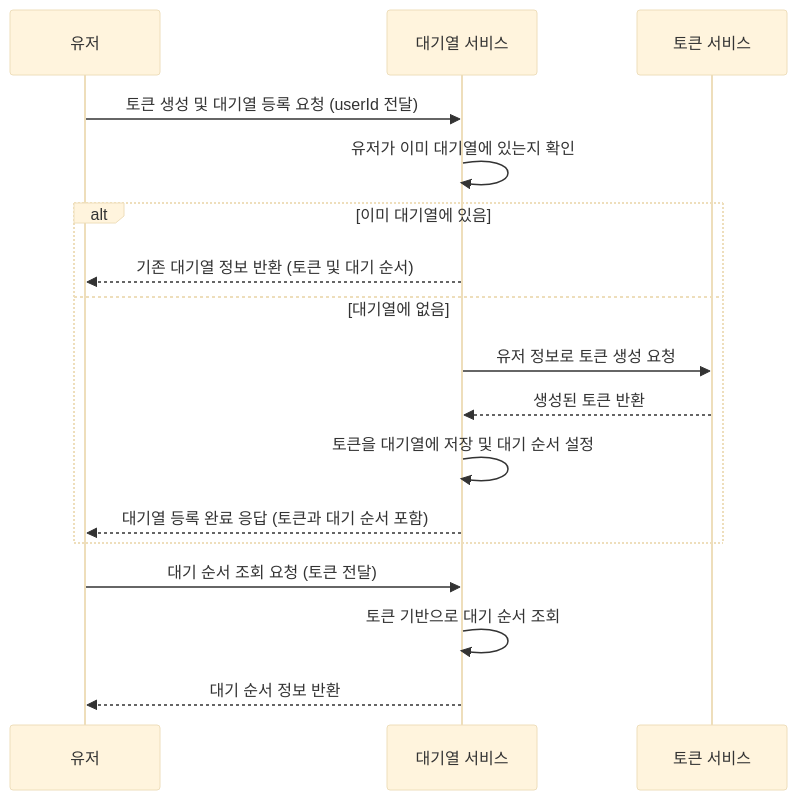
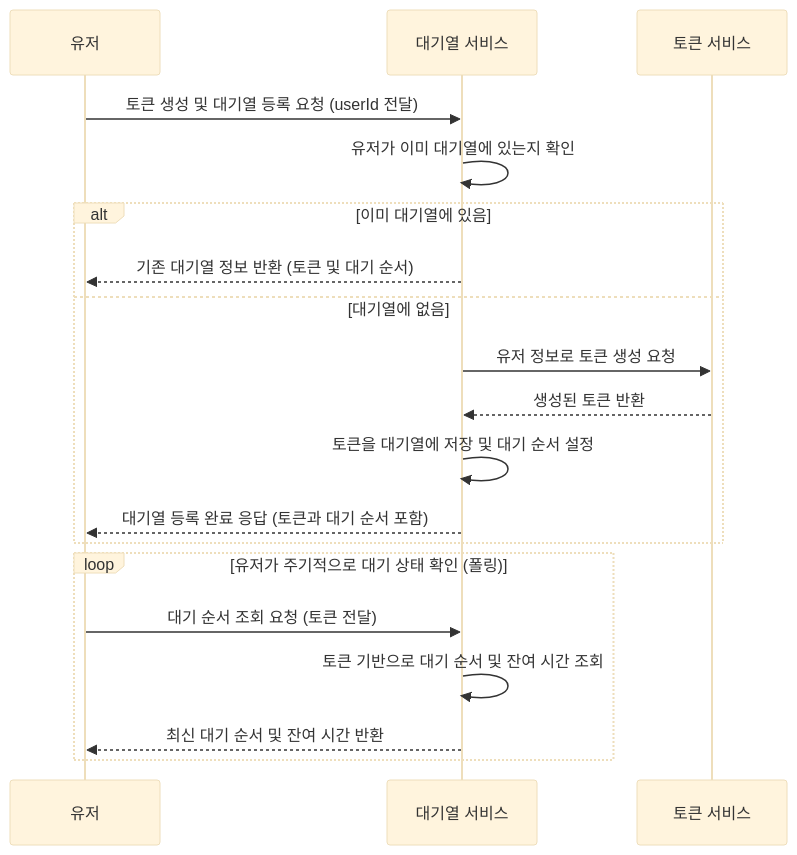
The first of 8 diagrams in docs/sequence.md (jyjae/hhplus-concert), drawn with Mermaid (base theme) before and after one commit.

Commit message:
Docs: 유저 대기열 토큰 기능 시퀀스 다이어그램 폴링 추가

````diff
--- a/docs/sequence.md
+++ b/docs/sequence.md
@@ -7,21 +5,24 @@
 ```mermaid
 sequenceDiagram
     participant User as 유저
     participant QueueService as 대기열 서비스
     participant TokenService as 토큰 서비스
 
     User->>QueueService: 토큰 생성 및 대기열 등록 요청 (userId 전달)
     QueueService->>QueueService: 유저가 이미 대기열에 있는지 확인
     alt 이미 대기열에 있음
         QueueService-->>User: 기존 대기열 정보 반환 (토큰 및 대기 순서)
     else 대기열에 없음
         QueueService->>TokenService: 유저 정보로 토큰 생성 요청
         TokenService-->>QueueService: 생성된 토큰 반환
         QueueService->>QueueService: 토큰을 대기열에 저장 및 대기 순서 설정
         QueueService-->>User: 대기열 등록 완료 응답 (토큰과 대기 순서 포함)
     end
 
-    User->>QueueService: 대기 순서 조회 요청 (토큰 전달)
-    QueueService->>QueueService: 토큰 기반으로 대기 순서 조회
-    QueueService-->>User: 대기 순서 정보 반환
+    loop 유저가 주기적으로 대기 상태 확인 (폴링)
+        User->>QueueService: 대기 순서 조회 요청 (토큰 전달)
+        QueueService->>QueueService: 토큰 기반으로 대기 순서 및 잔여 시간 조회
+        QueueService-->>User: 최신 대기 순서 및 잔여 시간 반환
+    end
+
 ```
````
